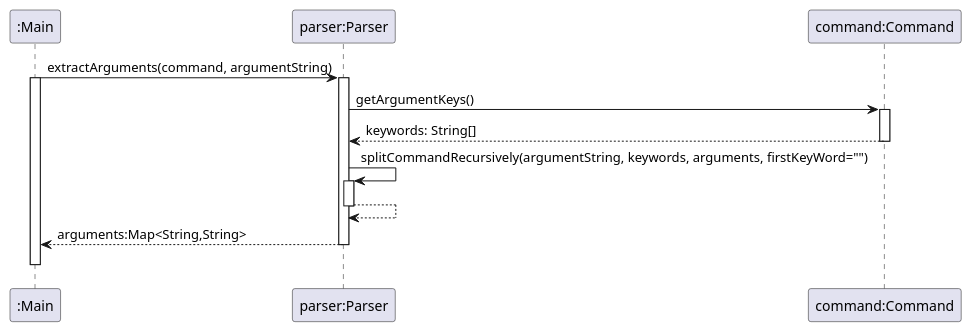
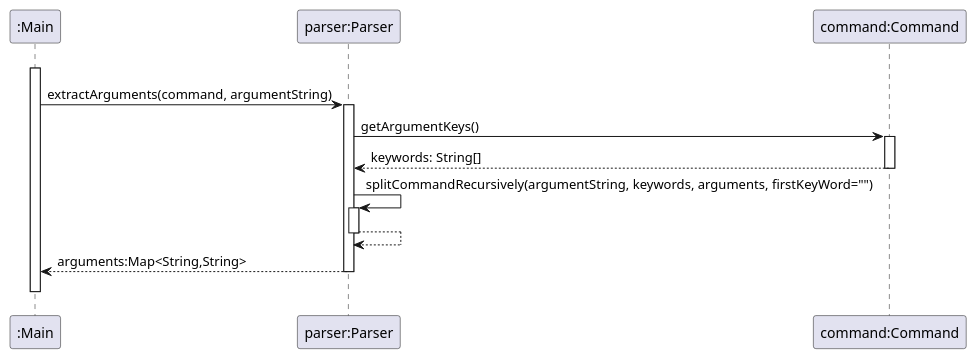
The third of 4 diagrams in docs/plantUMLCode/parser-class-diagram.puml (nus-cs2113-AY2425S1/tp), drawn with PlantUML before and after one commit. The commit also changed other lines of this file and 3 other files, not shown here.

Commit message:
Change diagram and PPP

```diff
--- a/docs/plantUMLCode/parser-class-diagram.puml
+++ b/docs/plantUMLCode/parser-class-diagram.puml
@@ -66,24 +67,24 @@
 @startuml
 participant ":Main" as Main
-
+"Main" -[hidden]> "Main" :
+activate Main
 participant "parser:Parser" as Parser
 Main -> Parser: extractArguments(command, argumentString)
-activate Main
 activate Parser
 
 participant "command:Command" as Command
 Parser -> Command: getArgumentKeys()
 activate Command
 Command --> Parser: keywords: String[]
 deactivate Command
 
 Parser -> Parser: splitCommandRecursively(argumentString, keywords, arguments, firstKeyWord="")
 activate Parser
 Parser --> Parser
 deactivate Parser
 
 Parser --> Main: arguments:Map<String,String>
 deactivate Parser
 "Main" -[hidden]> "Main" :
 deactivate Main
 @enduml
```
